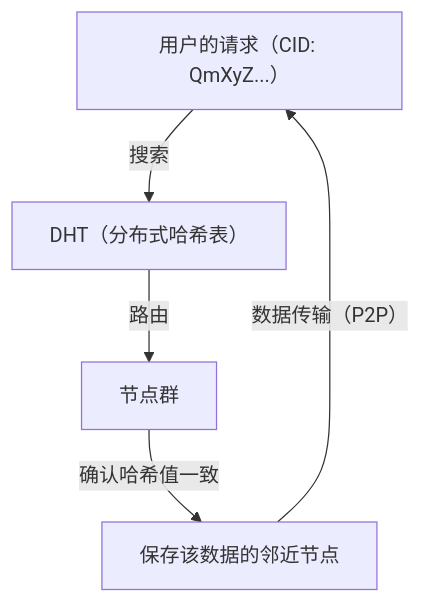
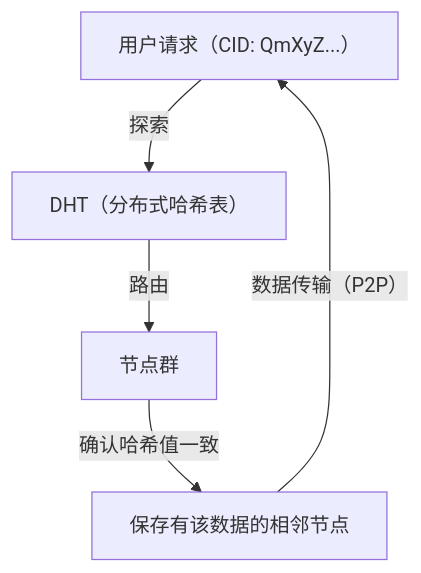
One commit to kenjinote/blog changed diagram 16 of 18 in content/post/how-the-internet-works-comprehensive-guide/index.zh-cn.md. Above: the diagram before and after it, drawn with Mermaid. The commit also changed other lines of this file, not shown here.

````diff
--- a/content/post/how-the-internet-works-comprehensive-guide/index.zh-cn.md
+++ b/content/post/how-the-internet-works-comprehensive-guide/index.zh-cn.md
@@ -905,7 +949,7 @@
 ```mermaid
 graph TD
-    A["用户的请求（CID: QmXyZ...）"] -- "搜索" --> B["DHT（分布式哈希表）"]
+    A["用户请求（CID: QmXyZ...）"] -- "探索" --> B["DHT（分布式哈希表）"]
     B -- "路由" --> C["节点群"]
-    C -- "确认哈希值一致" --> D["保存该数据的邻近节点"]
+    C -- "确认哈希值一致" --> D["保存有该数据的相邻节点"]
     D -- "数据传输（P2P）" --> A
 ```
````
